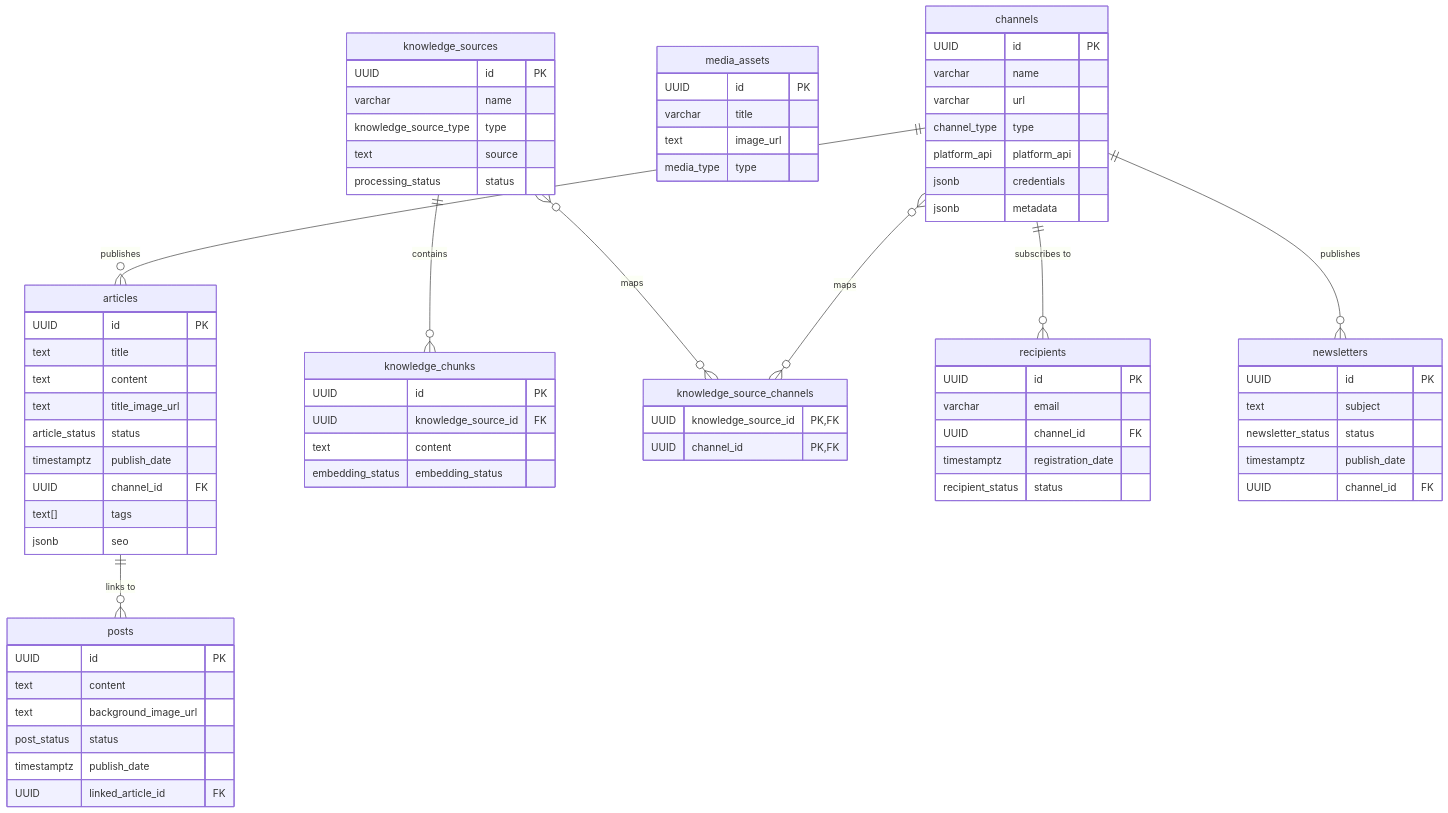
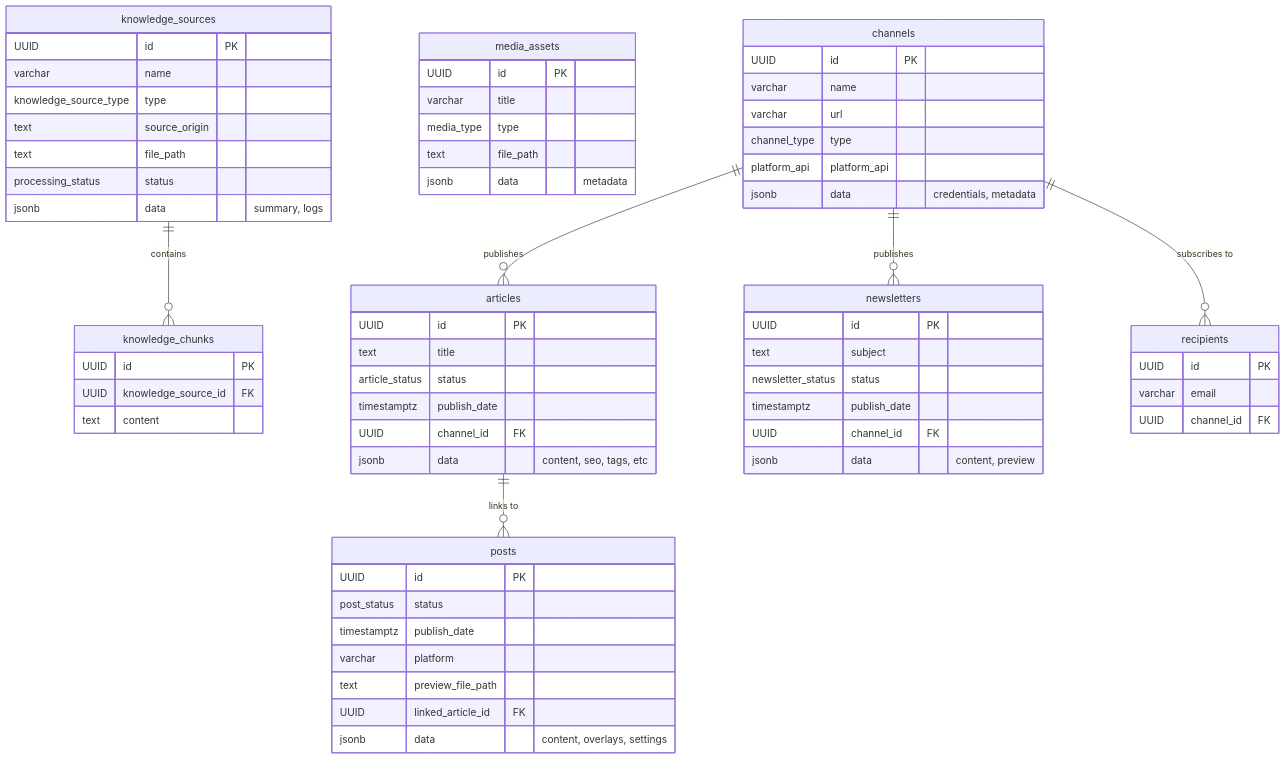
One commit to mattes337/aistudio-content-ai-backend changed the diagram in docs/database_schema.md. Above: the diagram before and after it, drawn with Mermaid. The commit also changed other lines of this file and 23 other files, not shown here.

````diff
--- a/docs/database_schema.md
+++ b/docs/database_schema.md
@@ -265,64 +276,56 @@
         varchar url
         channel_type type
         platform_api platform_api
-        jsonb credentials
-        jsonb metadata
+        jsonb data "credentials, metadata"
     }
 
     articles {
         UUID id PK
         text title
-        text content
-        text title_image_url
         article_status status
         timestamptz publish_date
         UUID channel_id FK
-        text[] tags
-        jsonb seo
+        jsonb data "content, seo, tags, etc"
     }
 
     posts {
         UUID id PK
-        text content
-        text background_image_url
         post_status status
         timestamptz publish_date
+        varchar platform
+        text preview_file_path
         UUID linked_article_id FK
+        jsonb data "content, overlays, settings"
     }
     
     media_assets {
         UUID id PK
         varchar title
-        text image_url
         media_type type
+        text file_path
+        jsonb data "metadata"
     }
     
     knowledge_sources {
         UUID id PK
         varchar name
         knowledge_source_type type
-        text source
+        text source_origin
+        text file_path
         processing_status status
+        jsonb data "summary, logs"
     }
     
     knowledge_chunks {
         UUID id PK
         UUID knowledge_source_id FK
         text content
-        embedding_status embedding_status
     }
     
-    knowledge_source_channels {
-        UUID knowledge_source_id PK,FK
-        UUID channel_id PK,FK
-    }
-
     recipients {
         UUID id PK
         varchar email
         UUID channel_id FK
-        timestamptz registration_date
-        recipient_status status
     }
 
     newsletters {
@@ -331,13 +334,12 @@
         newsletter_status status
         timestamptz publish_date
         UUID channel_id FK
+        jsonb data "content, preview"
     }
 
     channels ||--o{ articles : "publishes"
     channels ||--o{ newsletters : "publishes"
     articles ||--o{ posts : "links to"
     knowledge_sources ||--o{ knowledge_chunks : "contains"
-    knowledge_sources }o--o{ knowledge_source_channels : "maps"
-    channels }o--o{ knowledge_source_channels : "maps"
     channels ||--o{ recipients : "subscribes to"
 ```
````
